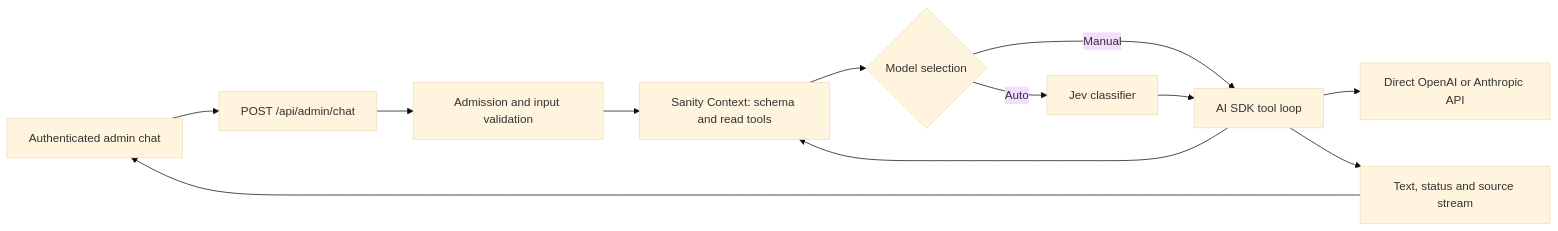
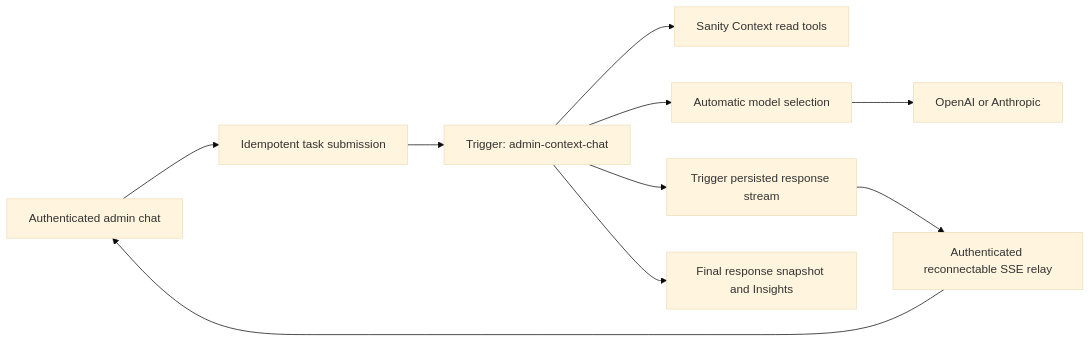
One commit to braposo/bernardo-fit changed the diagram in docs/admin-chat-implementation-plan.md. Above: the diagram before and after it, drawn with Mermaid (base theme). The commit also changed other lines of this file and 11 other files, not shown here.

Commit message:
Move admin chat turns to durable Trigger tasks with reconnectable progress

````diff
--- a/docs/admin-chat-implementation-plan.md
+++ b/docs/admin-chat-implementation-plan.md
@@ -28,14 +30,12 @@
 ```mermaid
 flowchart LR
-  UI[Authenticated admin chat] --> API[POST /api/admin/chat]
-  API --> Limit[Admission and input validation]
-  Limit --> Context[Sanity Context: schema and read tools]
-  Context --> Route{Model selection}
-  Route -->|Auto| Jev[Jev classifier]
-  Route -->|Manual| Agent[AI SDK tool loop]
-  Jev --> Agent
-  Agent --> Provider[Direct OpenAI or Anthropic API]
-  Agent --> Context
-  Agent --> SSE[Text, status and source stream]
-  SSE --> UI
+  UI[Authenticated admin chat] --> API[Idempotent task submission]
+  API --> Task[Trigger: admin-context-chat]
+  Task --> Context[Sanity Context read tools]
+  Task --> Jev[Automatic model selection]
+  Jev --> Provider[OpenAI or Anthropic]
+  Task --> Stream[Trigger persisted response stream]
+  Stream --> Relay[Authenticated reconnectable SSE relay]
+  Relay --> UI
+  Task --> Snapshot[Final response snapshot and Insights]
 ```
````
